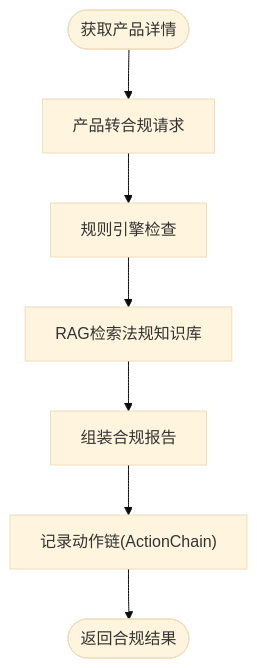
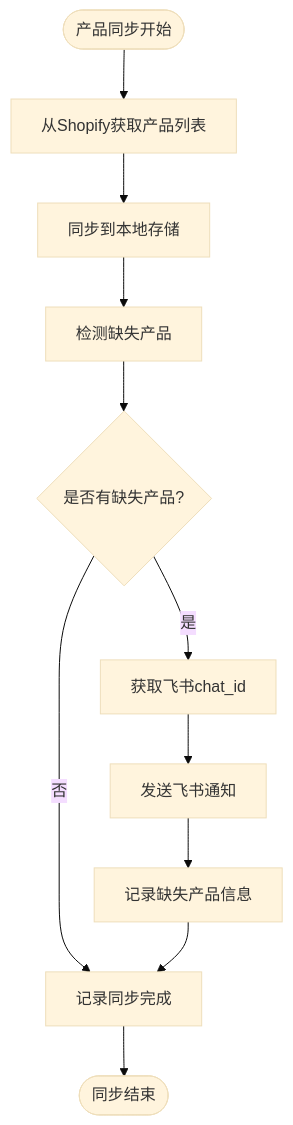
The fifth of 10 diagrams in .qoder/repowiki/zh/content/集成与扩展/Shopify集成.md (angledick/-), drawn with Mermaid (base theme) before and after one commit. The commit also changed other lines of this file and 770 other files, not shown here.

````diff
--- a/.qoder/repowiki/zh/content/集成与扩展/Shopify集成.md
+++ b/.qoder/repowiki/zh/content/集成与扩展/Shopify集成.md
@@ -238,9 +286,13 @@
 ```mermaid
 flowchart TD
-PStart(["获取产品详情"]) --> BuildReq["产品转合规请求"]
-BuildReq --> Rule["规则引擎检查"]
-Rule --> RAG["RAG检索法规知识库"]
-RAG --> Report["组装合规报告"]
-Report --> Chain["记录动作链(ActionChain)"]
-Chain --> PEnd(["返回合规结果"])
+SyncStart(["产品同步开始"]) --> FetchProducts["从Shopify获取产品列表"]
+FetchProducts --> SyncLocal["同步到本地存储"]
+SyncLocal --> DetectMissing["检测缺失产品"]
+DetectMissing --> CheckMissing{"是否有缺失产品?"}
+CheckMissing --> |否| LogComplete["记录同步完成"]
+CheckMissing --> |是| GetChatId["获取飞书chat_id"]
+GetChatId --> SendNotification["发送飞书通知"]
+SendNotification --> LogMissing["记录缺失产品信息"]
+LogMissing --> LogComplete
+LogComplete --> SyncEnd(["同步结束"])
 ```
````
